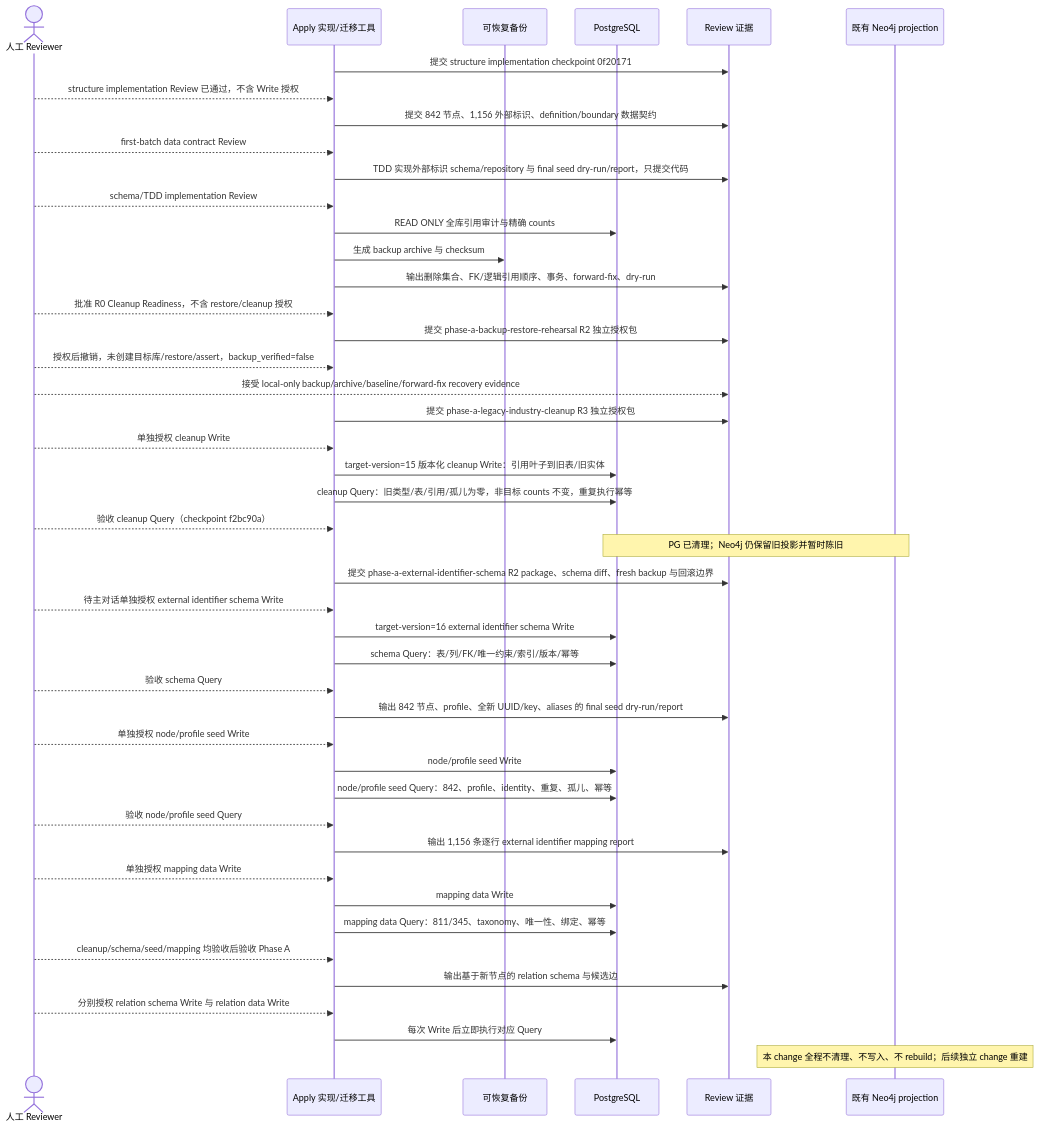
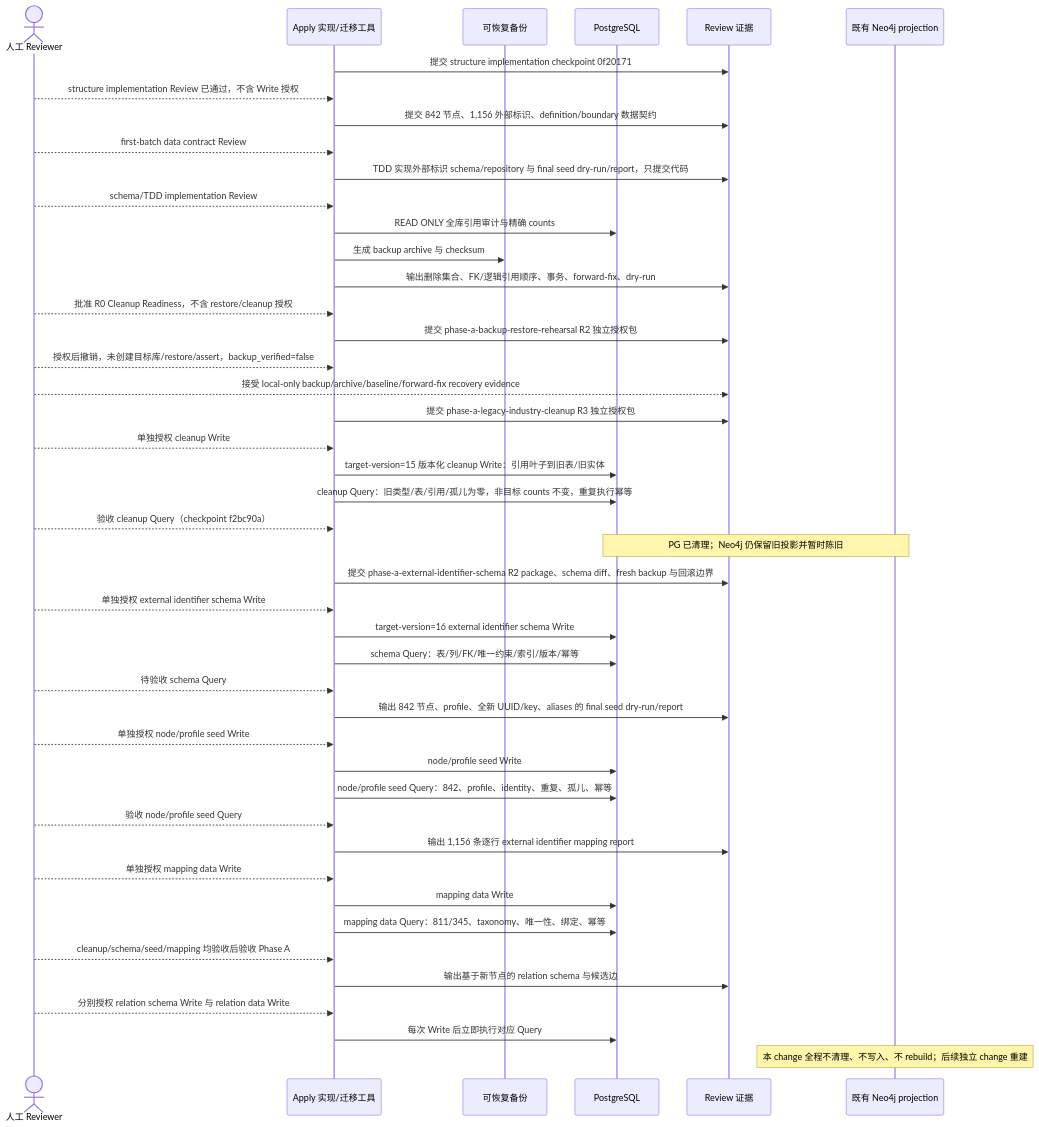
Before and after one commit to meierlink88/tidewise-ai: the second of 2 diagrams in openspec/changes/refactor-industry-chain-node-foundation/design.md, drawn with Mermaid. The commit also changed other lines of this file and 4 other files, not shown here.

Commit message:
spec: record external identifier schema execution

````diff
--- a/openspec/changes/refactor-industry-chain-node-foundation/design.md
+++ b/openspec/changes/refactor-industry-chain-node-foundation/design.md
@@ -220,48 +220,48 @@
 ```mermaid
 sequenceDiagram
     actor Reviewer as 人工 Reviewer
     participant Apply as Apply 实现/迁移工具
     participant Backup as 可恢复备份
     participant PG as PostgreSQL
     participant Evidence as Review 证据
     participant Neo4j as 既有 Neo4j projection
 
     Apply->>Evidence: 提交 structure implementation checkpoint 0f20171
     Reviewer-->>Apply: structure implementation Review 已通过，不含 Write 授权
     Apply->>Evidence: 提交 842 节点、1,156 外部标识、definition/boundary 数据契约
     Reviewer-->>Apply: first-batch data contract Review
     Apply->>Evidence: TDD 实现外部标识 schema/repository 与 final seed dry-run/report，只提交代码
     Reviewer-->>Apply: schema/TDD implementation Review
     Apply->>PG: READ ONLY 全库引用审计与精确 counts
     Apply->>Backup: 生成 backup archive 与 checksum
     Apply->>Evidence: 输出删除集合、FK/逻辑引用顺序、事务、forward-fix、dry-run
     Reviewer-->>Apply: 批准 R0 Cleanup Readiness，不含 restore/cleanup 授权
     Apply->>Evidence: 提交 phase-a-backup-restore-rehearsal R2 独立授权包
     Reviewer-->>Apply: 授权后撤销，未创建目标库/restore/assert，backup_verified=false
     Reviewer-->>Evidence: 接受 local-only backup/archive/baseline/forward-fix recovery evidence
     Apply->>Evidence: 提交 phase-a-legacy-industry-cleanup R3 独立授权包
     Reviewer-->>Apply: 单独授权 cleanup Write
     Apply->>PG: target-version=15 版本化 cleanup Write：引用叶子到旧表/旧实体
     Apply->>PG: cleanup Query：旧类型/表/引用/孤儿为零，非目标 counts 不变，重复执行幂等
     Reviewer-->>Apply: 验收 cleanup Query（checkpoint f2bc90a）
     Note over PG,Neo4j: PG 已清理；Neo4j 仍保留旧投影并暂时陈旧
     Apply->>Evidence: 提交 phase-a-external-identifier-schema R2 package、schema diff、fresh backup 与回滚边界
-    Reviewer-->>Apply: 待主对话单独授权 external identifier schema Write
+    Reviewer-->>Apply: 单独授权 external identifier schema Write
     Apply->>PG: target-version=16 external identifier schema Write
     Apply->>PG: schema Query：表/列/FK/唯一约束/索引/版本/幂等
-    Reviewer-->>Apply: 验收 schema Query
+    Reviewer-->>Apply: 待验收 schema Query
     Apply->>Evidence: 输出 842 节点、profile、全新 UUID/key、aliases 的 final seed dry-run/report
     Reviewer-->>Apply: 单独授权 node/profile seed Write
     Apply->>PG: node/profile seed Write
     Apply->>PG: node/profile seed Query：842、profile、identity、重复、孤儿、幂等
     Reviewer-->>Apply: 验收 node/profile seed Query
     Apply->>Evidence: 输出 1,156 条逐行 external identifier mapping report
     Reviewer-->>Apply: 单独授权 mapping data Write
     Apply->>PG: mapping data Write
     Apply->>PG: mapping data Query：811/345、taxonomy、唯一性、绑定、幂等
     Reviewer-->>Apply: cleanup/schema/seed/mapping 均验收后验收 Phase A
     Apply->>Evidence: 输出基于新节点的 relation schema 与候选边
     Reviewer-->>Apply: 分别授权 relation schema Write 与 relation data Write
     Apply->>PG: 每次 Write 后立即执行对应 Query
     Note over Neo4j: 本 change 全程不清理、不写入、不 rebuild；后续独立 change 重建
 ```
````
